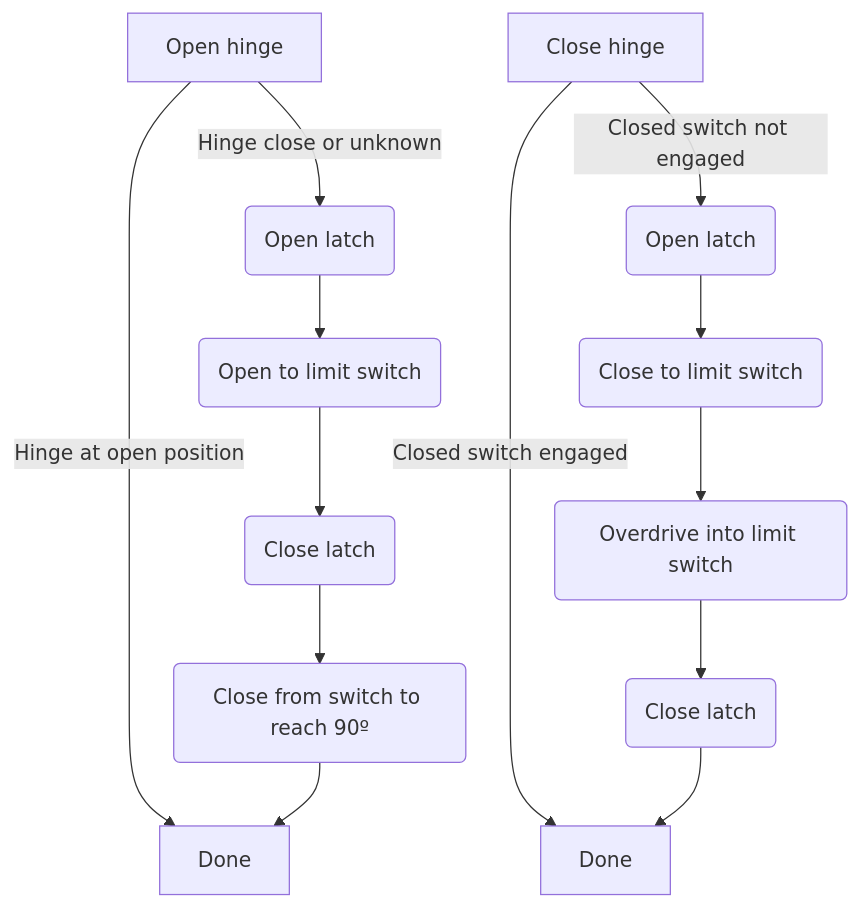
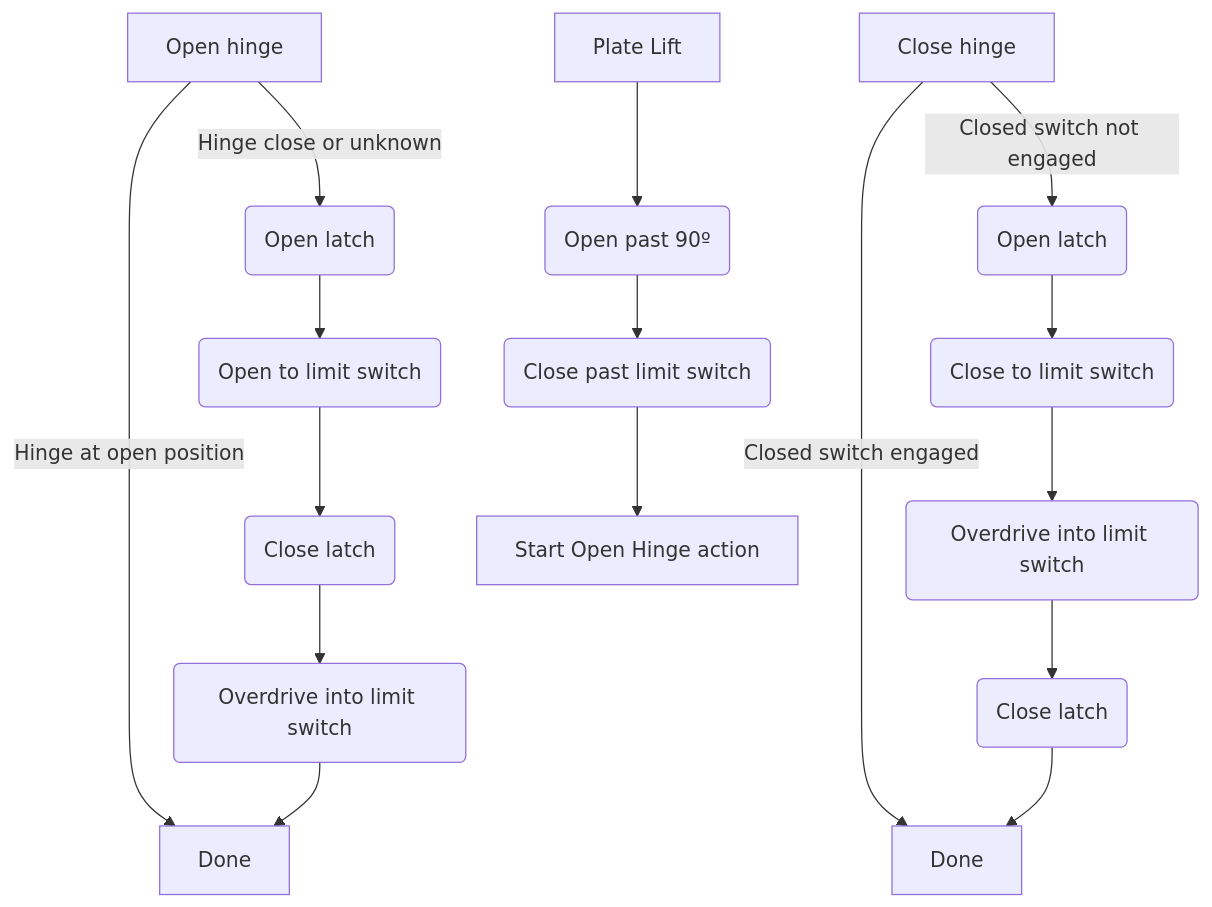
One commit to Opentrons/opentrons-modules changed the third of 3 diagrams in stm32-modules/thermocycler-gen2/firmware/motor_task/README.md. Above: the diagram before and after it, drawn with Mermaid. The commit also changed other lines of this file, not shown here.

Commit message:
Updated state machine docs

````diff
--- a/stm32-modules/thermocycler-gen2/firmware/motor_task/README.md
+++ b/stm32-modules/thermocycler-gen2/firmware/motor_task/README.md
@@ -59,24 +65,30 @@
 ```mermaid
 graph TD
     StartO[Open hinge]
     OpenToSwitch(Open to limit switch)
-    BackTo90(Close from switch to reach 90º)
+    OpenOverdrive(Overdrive into limit switch)
     DoneO[Done]
     StartC[Close hinge]
     CloseToSwitch(Close to limit switch)
     CloseOverdrive(Overdrive into limit switch)
     DoneC[Done]
+    LiftStart[Plate Lift]
+    LiftOpen(Open past 90º)
+    LiftReturn(Close past limit switch)
+    RunOpenHinge[Start Open Hinge action]
 
     LatchO1(Open latch)
     LatchO2(Close latch)
     LatchC1(Open latch)
     LatchC2(Close latch)
 
     StartO -->|Hinge at open position| DoneO
     StartO -->|Hinge close or unknown| LatchO1 --> OpenToSwitch
-    OpenToSwitch --> LatchO2 --> BackTo90 --> DoneO
+    OpenToSwitch --> LatchO2 --> OpenOverdrive --> DoneO
 
     StartC -->|Closed switch engaged| DoneC
     StartC -->|Closed switch not engaged| LatchC1 --> CloseToSwitch
     CloseToSwitch --> CloseOverdrive --> LatchC2 --> DoneC
+
+    LiftStart --> LiftOpen --> LiftReturn --> RunOpenHinge
 ```
````
